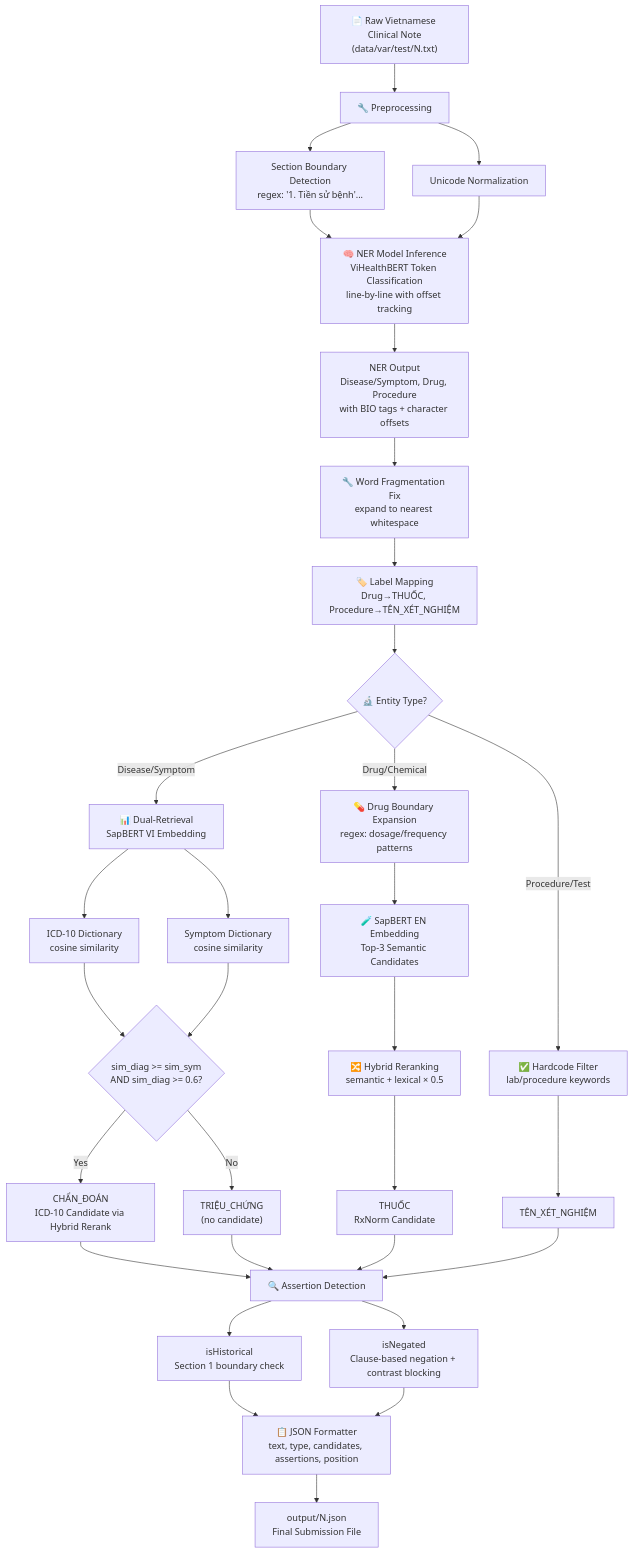
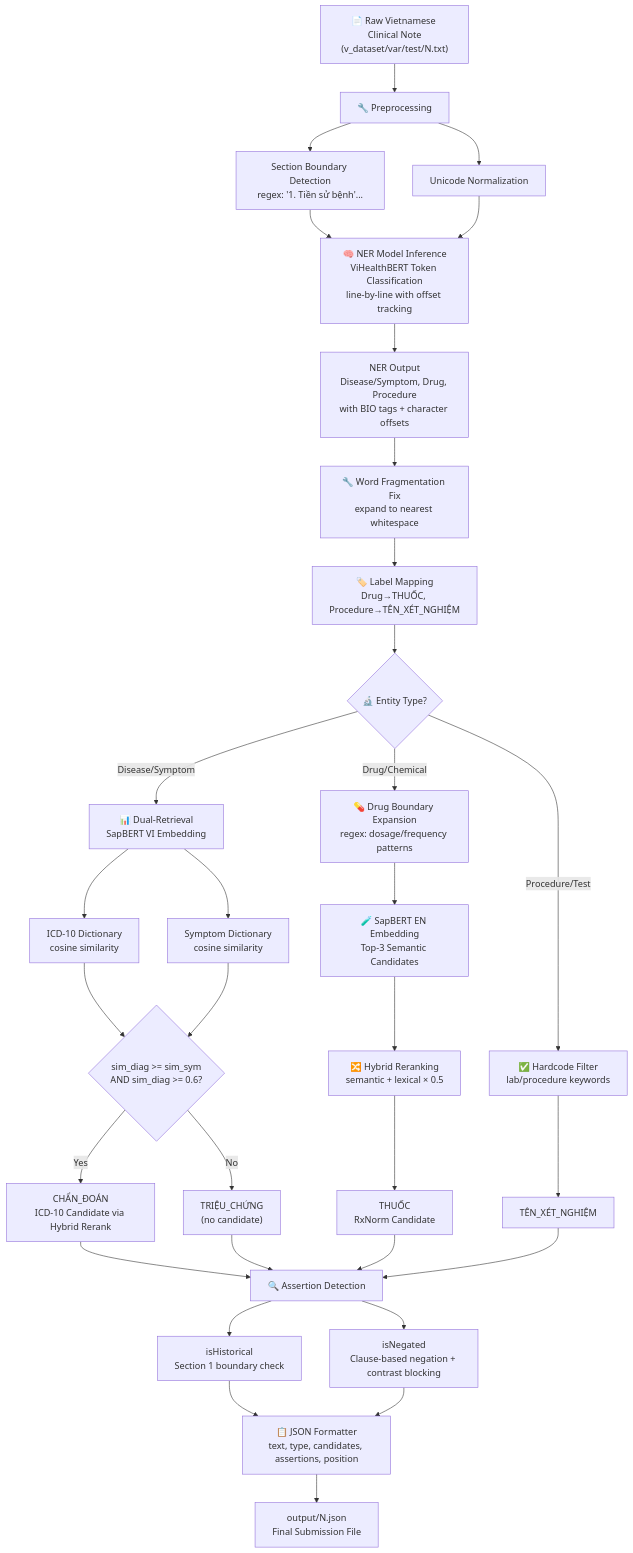
The diagram in docs/tung/method.md (GinHikat/Ontological-Reasoning-in-Medical-Knowledge-Retrieval), drawn with Mermaid before and after one commit. The commit also changed other lines of this file and 15 other files, not shown here.

````diff
--- a/docs/tung/method.md
+++ b/docs/tung/method.md
@@ -27,46 +27,46 @@
 ```mermaid
 graph TD
-    A["📄 Raw Vietnamese Clinical Note<br/>(data/var/test/N.txt)"] --> B["🔧 Preprocessing"]
+    A["📄 Raw Vietnamese Clinical Note<br/>(v_dataset/var/test/N.txt)"] --> B["🔧 Preprocessing"]
     
     B --> B1["Section Boundary Detection<br/>regex: '1. Tiền sử bệnh'..."]
     B --> B2["Unicode Normalization"]
     
     B1 --> C["🧠 NER Model Inference<br/>ViHealthBERT Token Classification<br/>line-by-line with offset tracking"]
     B2 --> C
     
     C --> D["NER Output<br/>Disease/Symptom, Drug, Procedure<br/>with BIO tags + character offsets"]
     
     D --> E1["🔧 Word Fragmentation Fix<br/>expand to nearest whitespace"]
     E1 --> E2["🏷️ Label Mapping<br/>Drug→THUỐC, Procedure→TÊN_XÉT_NGHIỆM"]
     E2 --> E3{"🔬 Entity Type?"}
     
     E3 -->|"Drug/Chemical"| F["💊 Drug Boundary Expansion<br/>regex: dosage/frequency patterns"]
     E3 -->|"Procedure/Test"| G["✅ Hardcode Filter<br/>lab/procedure keywords"]
     E3 -->|"Disease/Symptom"| H["📊 Dual-Retrieval<br/>SapBERT VI Embedding"]
     
     H --> H1["ICD-10 Dictionary<br/>cosine similarity"]
     H --> H2["Symptom Dictionary<br/>cosine similarity"]
     H1 --> I{"sim_diag >= sim_sym<br/>AND sim_diag >= 0.6?"}
     H2 --> I
     I -->|"Yes"| J["CHẨN_ĐOÁN<br/>ICD-10 Candidate via Hybrid Rerank"]
     I -->|"No"| K["TRIỆU_CHỨNG<br/>(no candidate)"]
     
     F --> L["🧪 SapBERT EN Embedding<br/>Top-3 Semantic Candidates"]
     L --> M["🔀 Hybrid Reranking<br/>semantic + lexical × 0.5"]
     M --> N["THUỐC<br/>RxNorm Candidate"]
     
     G --> O["TÊN_XÉT_NGHIỆM"]
     
     J --> P["🔍 Assertion Detection"]
     K --> P
     N --> P
     O --> P
     
     P --> P1["isHistorical<br/>Section 1 boundary check"]
     P --> P2["isNegated<br/>Clause-based negation + contrast blocking"]
     
     P1 --> Q["📋 JSON Formatter<br/>text, type, candidates, assertions, position"]
     P2 --> Q
     
     Q --> R["output/N.json<br/>Final Submission File"]
 ```
````
